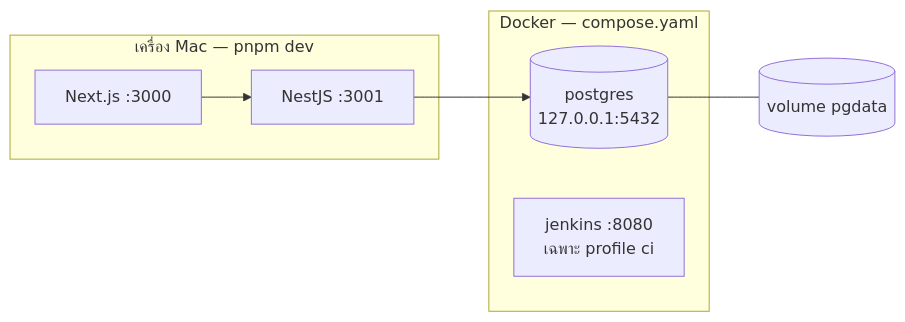
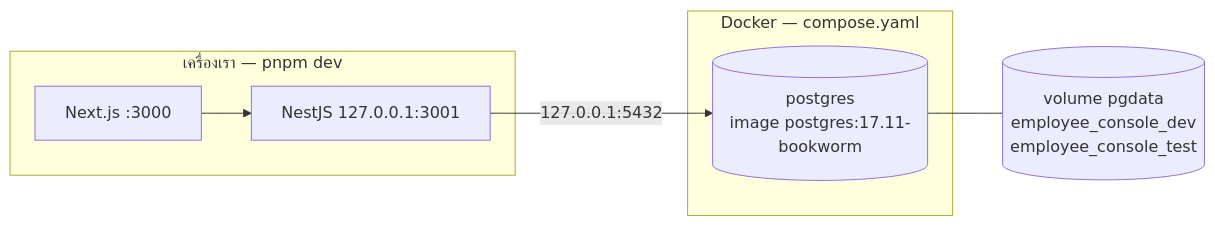
One commit to sittipong-hemloun/helius-tech-test changed the diagram in docs/learn/05-docker.md. Above: the diagram before and after it, drawn with Mermaid. The commit also changed other lines of this file and 180 other files, not shown here.

First line of the commit message:
refactor: simplify to plain NestJS + Next.js employee console

````diff
--- a/docs/learn/05-docker.md
+++ b/docs/learn/05-docker.md
@@ -28,12 +14,11 @@
 ```mermaid
 flowchart LR
-    subgraph HOST["เครื่อง Mac — pnpm dev"]
-        W["Next.js :3000"] --> A["NestJS :3001"]
+    subgraph HOST["เครื่องเรา — pnpm dev"]
+        W["Next.js :3000"] --> A["NestJS 127.0.0.1:3001"]
     end
     subgraph DOCKER["Docker — compose.yaml"]
-        P[("postgres<br/>127.0.0.1:5432")]
-        J["jenkins :8080<br/>เฉพาะ profile ci"]
+        P[("postgres<br/>image postgres:17.11-bookworm")]
     end
-    A --> P
-    P --- V[("volume pgdata")]
+    A -->|"127.0.0.1:5432"| P
+    P --- V[("volume pgdata<br/>employee_console_dev<br/>employee_console_test")]
 ```
````
